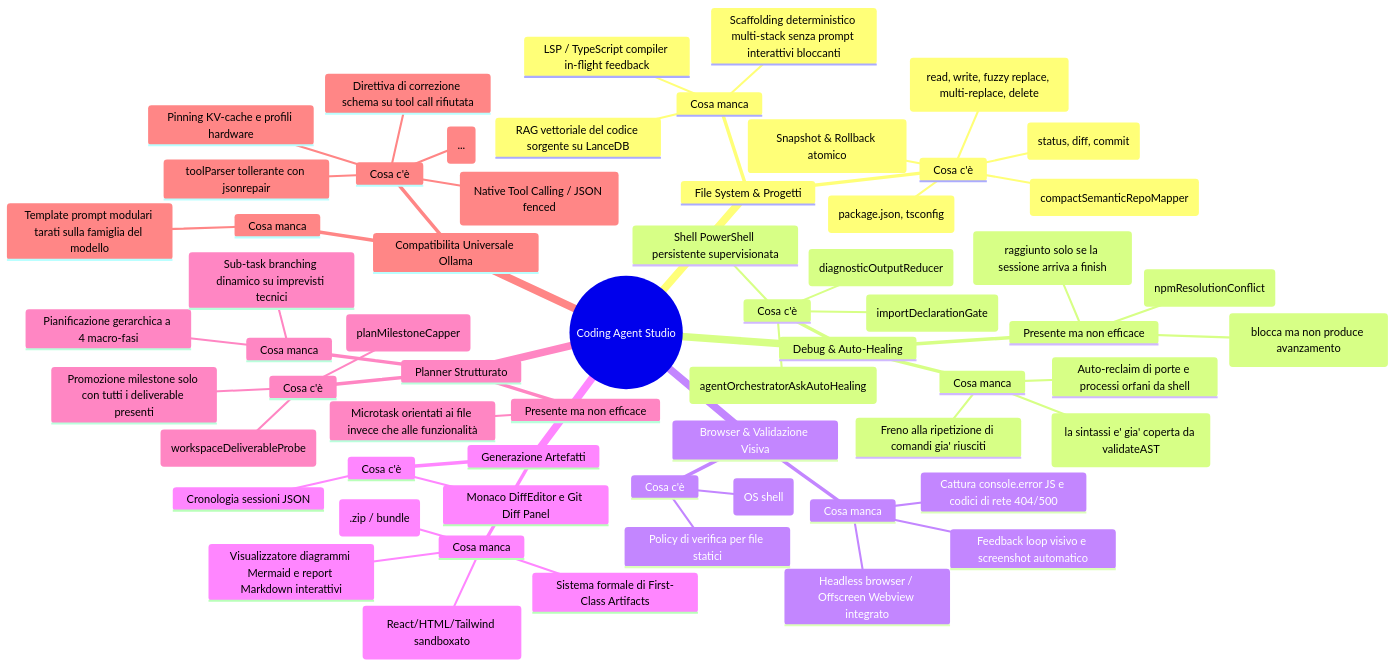
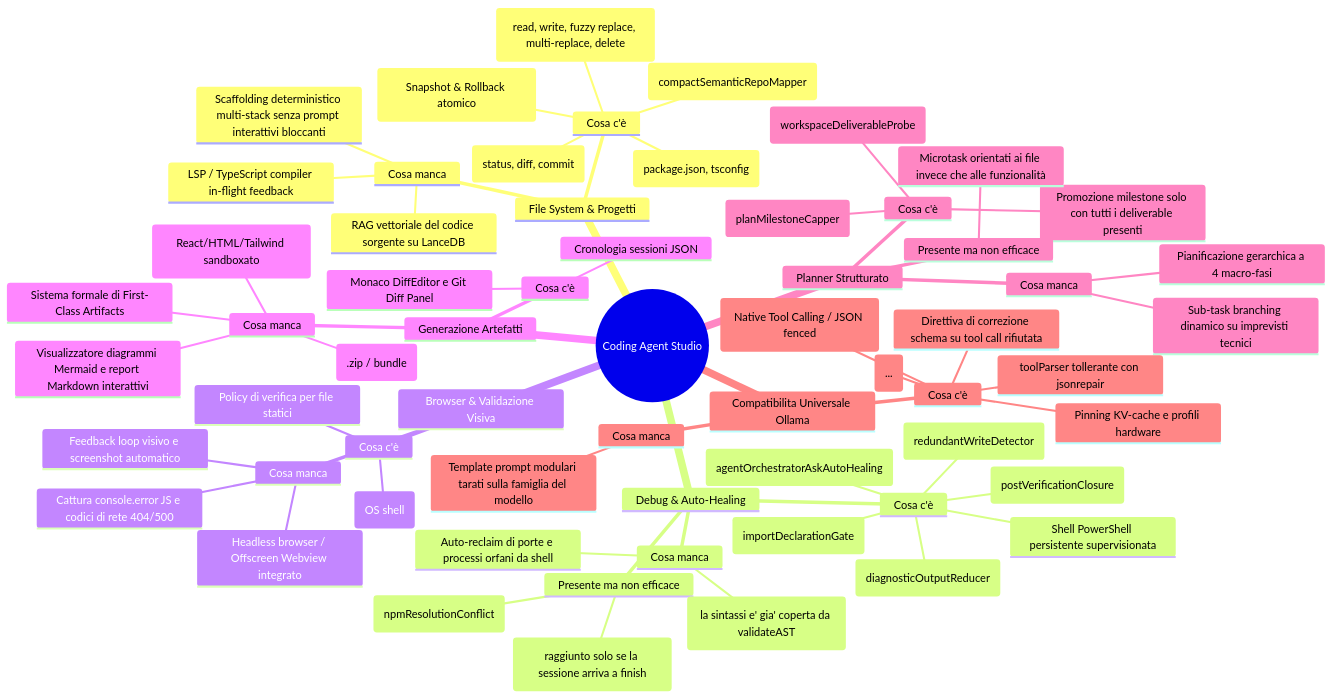
The first of 2 diagrams in docs/coding-agent-studio-blueprint.md (dennidalpos/OnlyRagV2), drawn with Mermaid before and after one commit. The commit also changed other lines of this file and 17 other files, not shown here.

````diff
--- a/docs/coding-agent-studio-blueprint.md
+++ b/docs/coding-agent-studio-blueprint.md
@@ -9,65 +9,65 @@
 ```mermaid
 mindmap
   root((Coding Agent Studio))
     File System & Progetti
       Cosa c'è
         Tool I/O completi (read, write, fuzzy replace, multi-replace, delete)
         AtomicWorkspaceJournal (Snapshot & Rollback atomico)
         AST Repo Map (compactSemanticRepoMapper)
         Dependency Scanner (package.json, tsconfig)
         Git Toolchain (status, diff, commit)
       Cosa manca
         RAG vettoriale del codice sorgente su LanceDB
         Scaffolding deterministico multi-stack senza prompt interattivi bloccanti
         LSP / TypeScript compiler in-flight feedback
     Debug & Auto-Healing
       Cosa c'è
         Shell PowerShell persistente supervisionata
         Riduzione diagnostica stack trace (diagnosticOutputReducer)
         Intercettazione lazy ask (agentOrchestratorAskAutoHealing)
         Gate import non dichiarati post-write (importDeclarationGate)
+        Scrittura a vuoto riconosciuta come no-op (redundantWriteDetector)
+        Stato di chiusura dichiarabile a build verde (postVerificationClosure)
       Presente ma non efficace
         Definition of Done Gate su build reale (raggiunto solo se la sessione arriva a finish)
-        Rilevatore oscillazioni e stagnazione (blocca ma non produce avanzamento)
         Recupero dai conflitti npm ERESOLVE (npmResolutionConflict)
       Cosa manca
         Typecheck incrementale post-write (la sintassi e' gia' coperta da validateAST)
-        Freno alla ripetizione di comandi gia' riusciti
         Auto-reclaim di porte e processi orfani da shell
     Browser & Validazione Visiva
       Cosa c'è
         open_in_browser esterno (OS shell)
         Policy di verifica per file statici
       Cosa manca
         Feedback loop visivo e screenshot automatico
         Cattura console.error JS e codici di rete 404/500
         Headless browser / Offscreen Webview integrato
     Generazione Artefatti
       Cosa c'è
         Monaco DiffEditor e Git Diff Panel
         Cronologia sessioni JSON
       Cosa manca
         Sistema formale di First-Class Artifacts
         Pannello UI Live Preview (React/HTML/Tailwind sandboxato)
         Visualizzatore diagrammi Mermaid e report Markdown interattivi
         1-Click Export (.zip / bundle)
     Planner Strutturato
       Cosa c'è
         Parser canonico e capping a 15 milestone (planMilestoneCapper)
         Probe su disco per deliverable reali (workspaceDeliverableProbe)
         Promozione milestone solo con tutti i deliverable presenti
       Presente ma non efficace
         Microtask orientati ai file invece che alle funzionalità
       Cosa manca
         Pianificazione gerarchica a 4 macro-fasi
         Sub-task branching dinamico su imprevisti tecnici
     Compatibilita Universale Ollama
       Cosa c'è
         toolParser tollerante con jsonrepair
         Pre-stripping tag CoT (<think>...</think>)
         Dual-mode routing (Native Tool Calling / JSON fenced)
         Pinning KV-cache e profili hardware
         Direttiva di correzione schema su tool call rifiutata
       Cosa manca
         Template prompt modulari tarati sulla famiglia del modello
 ```
````
